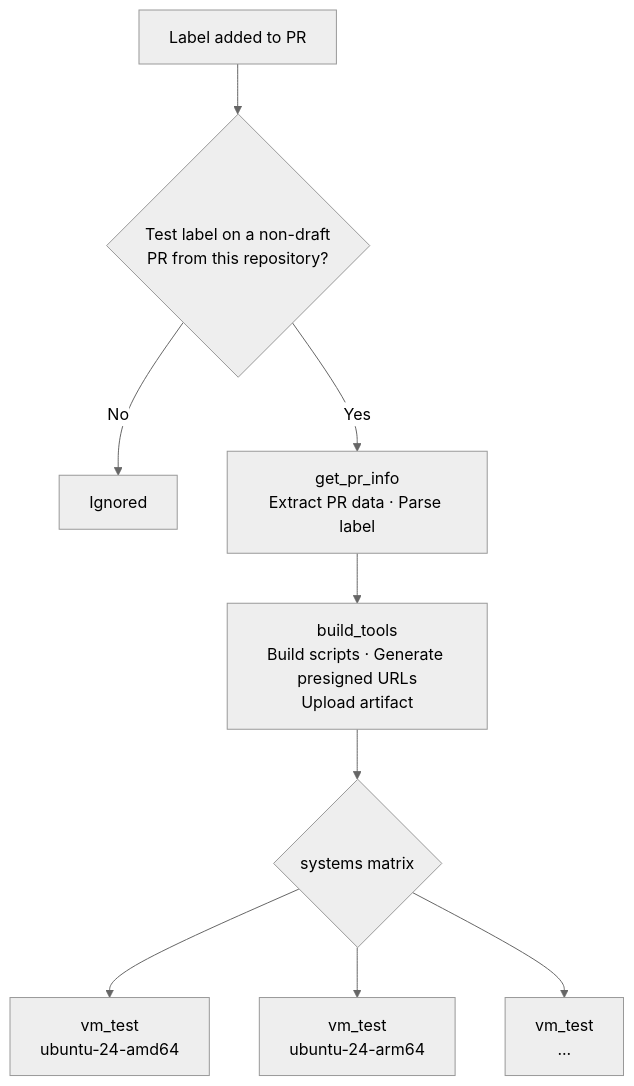
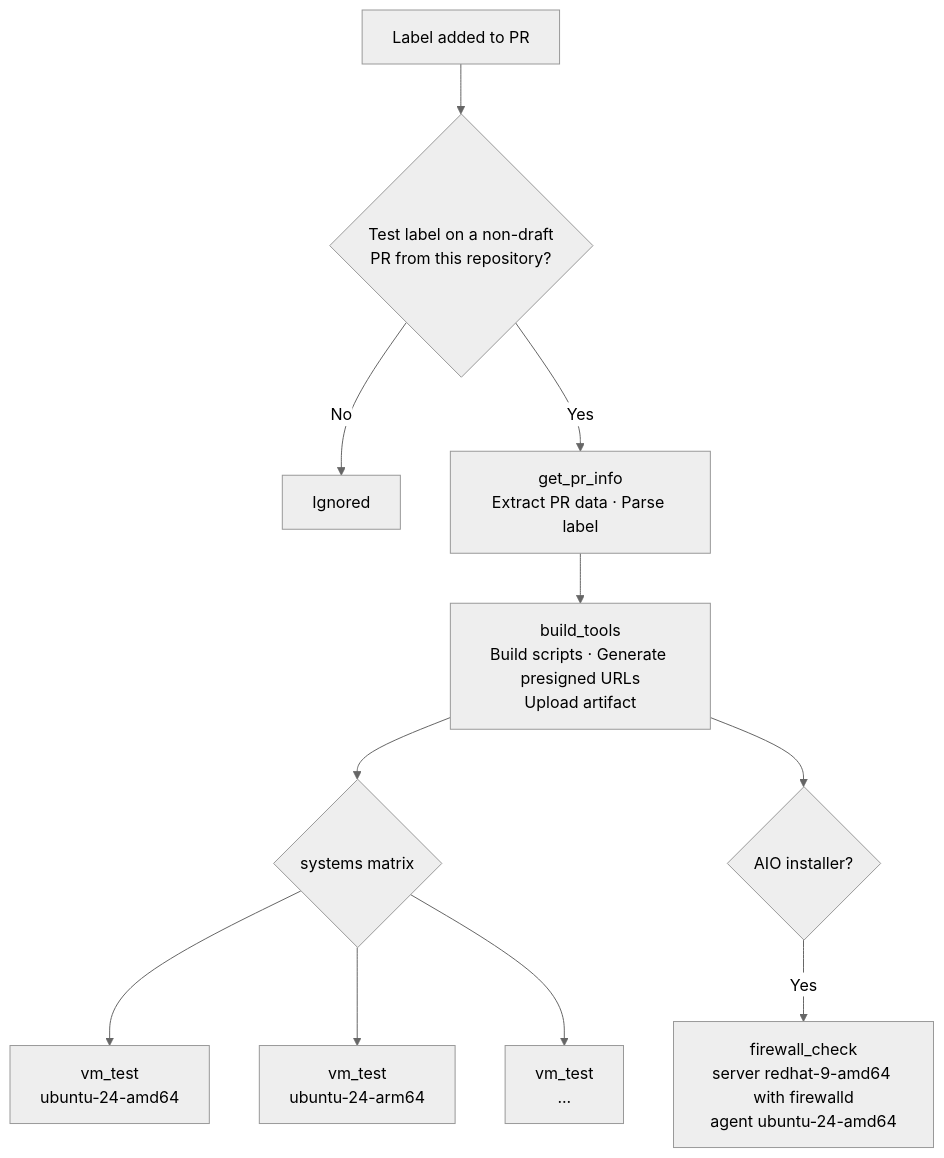
One commit to wazuh/wazuh-installation-assistant changed the first of 2 diagrams in docs/ref/integration_test/installation_assistant_integration_tests.md. Above: the diagram before and after it, drawn with Mermaid (neutral theme). The commit also changed other lines of this file and 2 other files, not shown here.

Commit message:
Add new test with firewall activate and trafic sent throw firewall

````diff
--- a/docs/ref/integration_test/installation_assistant_integration_tests.md
+++ b/docs/ref/integration_test/installation_assistant_integration_tests.md
@@ -28,11 +28,13 @@
 ```mermaid
 flowchart TD
     A[Label added to PR] --> B{Test label on a non-draft\nPR from this repository?}
     B -- No --> Z[Ignored]
     B -- Yes --> C[get_pr_info\nExtract PR data · Parse label]
     C --> D[build_tools\nBuild scripts · Generate presigned URLs\nUpload artifact]
     D --> E{systems matrix}
     E --> F[vm_test\nubuntu-24-amd64]
     E --> G[vm_test\nubuntu-24-arm64]
     E --> H[vm_test\n...]
+    D --> I{AIO installer?}
+    I -- Yes --> J[firewall_check\nserver redhat-9-amd64 with firewalld\nagent ubuntu-24-amd64]
 ```
````
